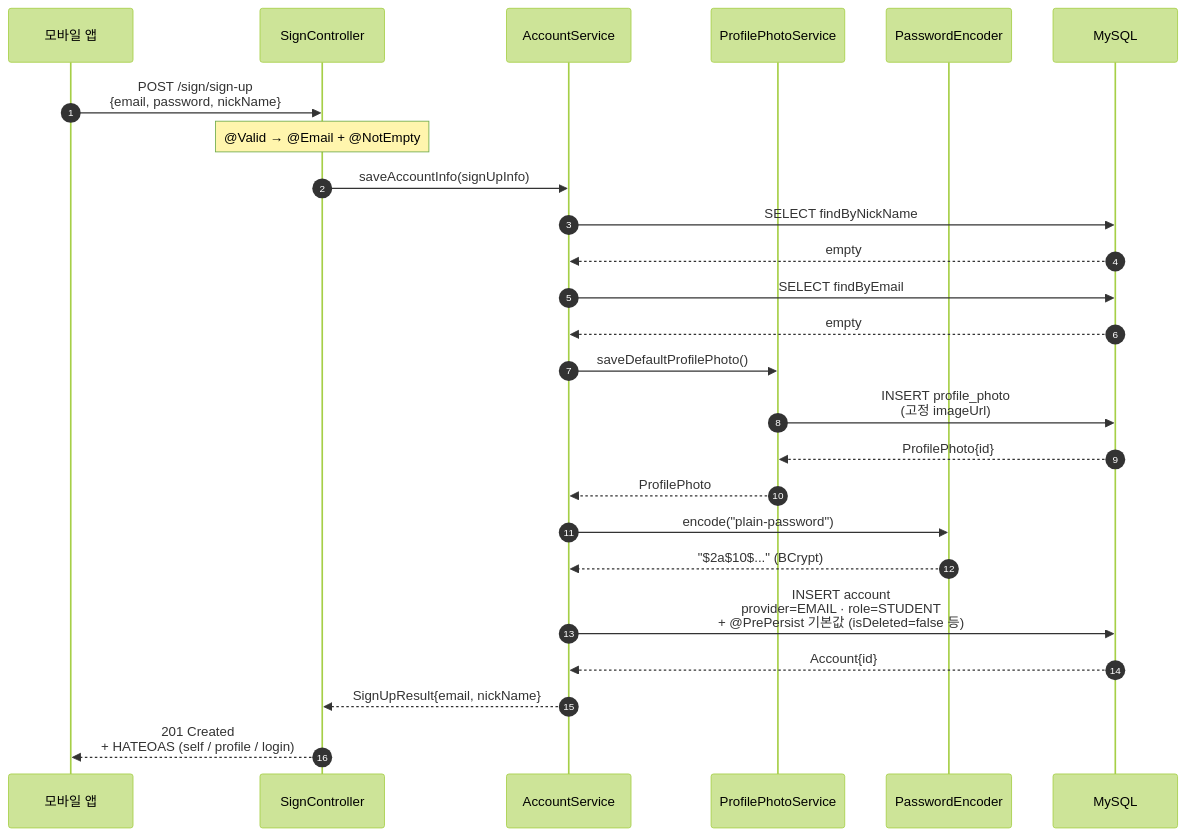
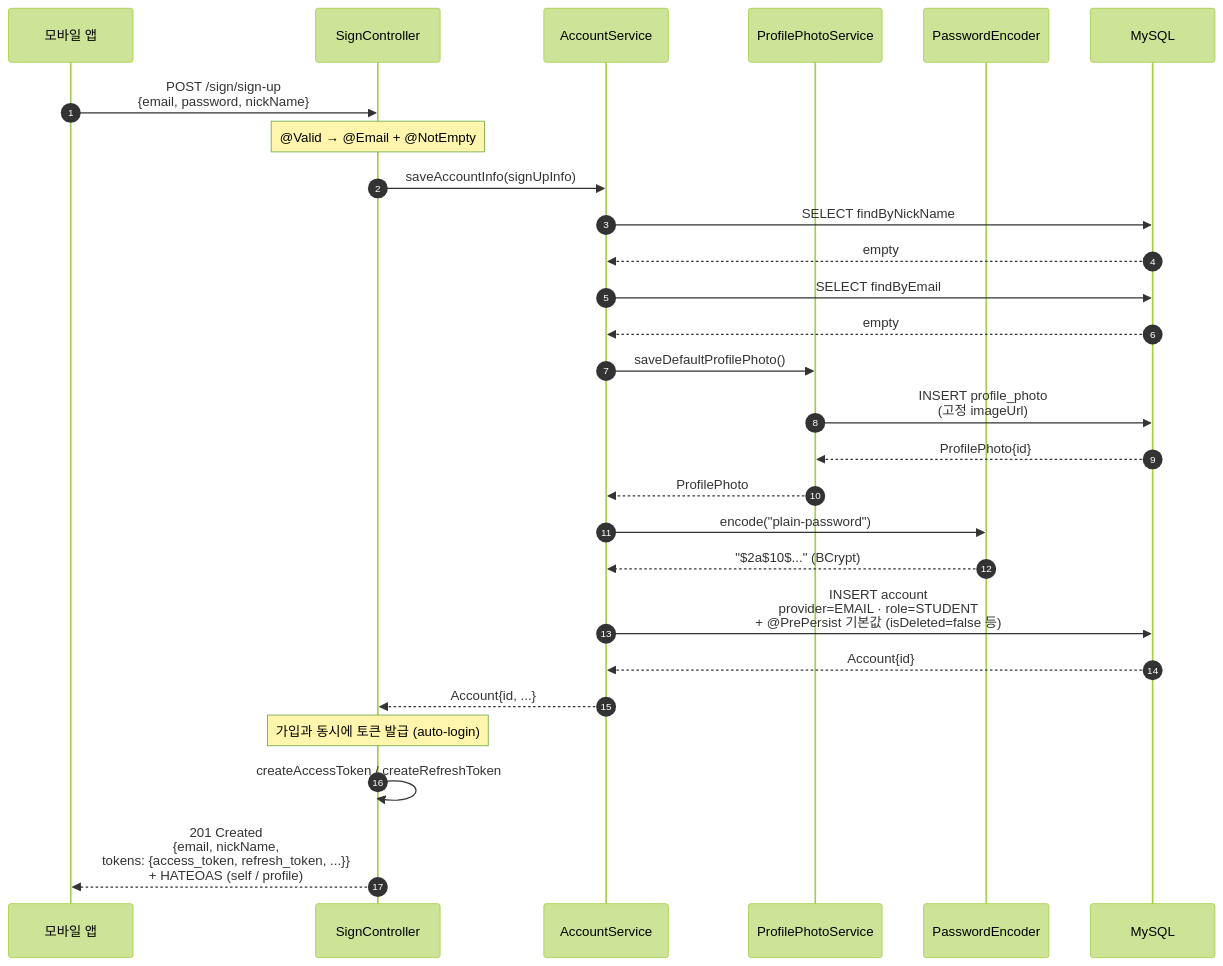
One commit to pungdong/Pungdong-Backend changed the second of 5 diagrams in docs/architecture/sign-up.md. Above: the diagram before and after it, drawn with Mermaid (forest theme). The commit also changed other lines of this file and 18 other files, not shown here.

First line of the commit message:
Feat: 이메일 회원가입/로그인 e2e 완성 (auto-login + refresh + 로그아웃 무효화 + JSON 401/403 + CORS + TS 타입) (#19)

````diff
--- a/docs/architecture/sign-up.md
+++ b/docs/architecture/sign-up.md
@@ -52,33 +52,36 @@
 ```mermaid
 sequenceDiagram
     autonumber
     participant C as 모바일 앱
     participant Ctrl as SignController
     participant Svc as AccountService
     participant Photo as ProfilePhotoService
     participant Enc as PasswordEncoder
     participant DB as MySQL
 
     C->>Ctrl: POST /sign/sign-up<br/>{email, password, nickName}
     Note over Ctrl: @Valid → @Email + @NotEmpty
     Ctrl->>Svc: saveAccountInfo(signUpInfo)
 
     Svc->>DB: SELECT findByNickName
     DB-->>Svc: empty
     Svc->>DB: SELECT findByEmail
     DB-->>Svc: empty
 
     Svc->>Photo: saveDefaultProfilePhoto()
     Photo->>DB: INSERT profile_photo<br/>(고정 imageUrl)
     DB-->>Photo: ProfilePhoto{id}
     Photo-->>Svc: ProfilePhoto
 
     Svc->>Enc: encode("plain-password")
     Enc-->>Svc: "$2a$10$..." (BCrypt)
 
     Svc->>DB: INSERT account<br/>provider=EMAIL · role=STUDENT<br/>+ @PrePersist 기본값 (isDeleted=false 등)
     DB-->>Svc: Account{id}
 
-    Svc-->>Ctrl: SignUpResult{email, nickName}
-    Ctrl-->>C: 201 Created<br/>+ HATEOAS (self / profile / login)
+    Svc-->>Ctrl: Account{id, ...}
+
+    Note over Ctrl: 가입과 동시에 토큰 발급 (auto-login)
+    Ctrl->>Ctrl: createAccessToken / createRefreshToken
+    Ctrl-->>C: 201 Created<br/>{email, nickName,<br/>tokens: {access_token, refresh_token, ...}}<br/>+ HATEOAS (self / profile)
 ```
````
